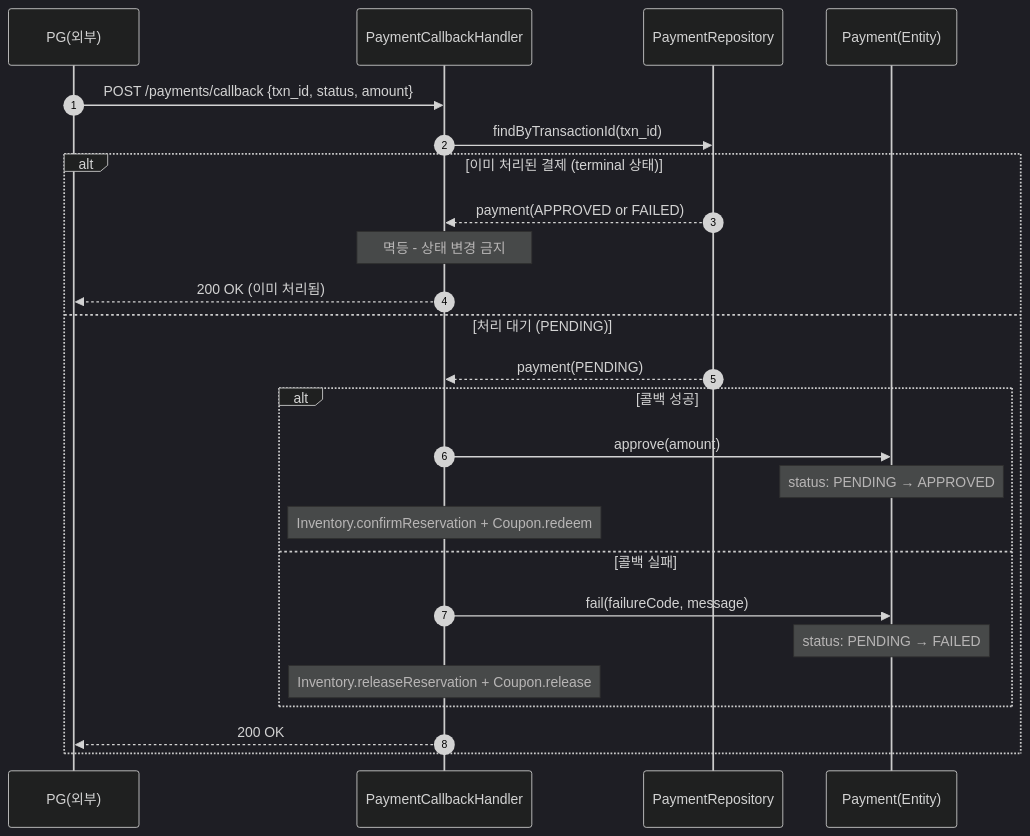
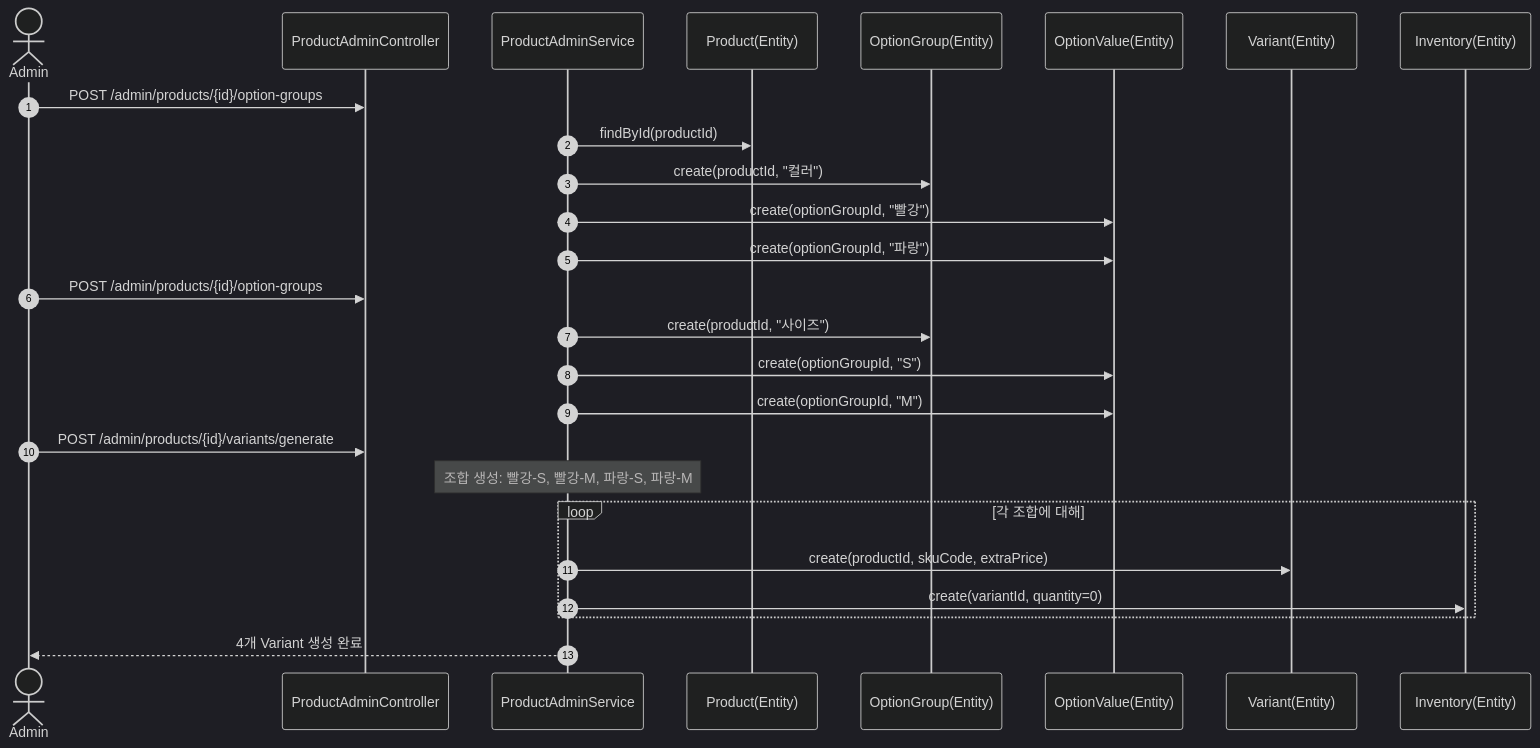
Before and after one commit to Loopers-dev-lab/loop-pack-be-l2-vol3-java: the second of 2 diagrams in .docs/design/future/02-sequence-diagrams-expansion.md, drawn with Mermaid (dark theme). The commit also changed other lines of this file and 3 other files, not shown here.

````diff
--- a/.docs/design/future/02-sequence-diagrams-expansion.md
+++ b/.docs/design/future/02-sequence-diagrams-expansion.md
@@ -87,29 +52,33 @@
 ```mermaid
 sequenceDiagram
   autonumber
-  participant PG as PG(외부)
-  participant Callback as PaymentCallbackHandler
-  participant PaymentRepo as PaymentRepository
-  participant Payment as Payment(Entity)
+  actor Admin
+  participant Controller as ProductAdminController
+  participant Service as ProductAdminService
+  participant Product as Product(Entity)
+  participant OptGroup as OptionGroup(Entity)
+  participant OptValue as OptionValue(Entity)
+  participant Variant as Variant(Entity)
+  participant Inventory as Inventory(Entity)
 
-  PG->>Callback: POST /payments/callback {txn_id, status, amount}
+  Admin->>Controller: POST /admin/products/{id}/option-groups
+  Service->>Product: findById(productId)
+  Service->>OptGroup: create(productId, "컬러")
+  Service->>OptValue: create(optionGroupId, "빨강")
+  Service->>OptValue: create(optionGroupId, "파랑")
 
-  Callback->>PaymentRepo: findByTransactionId(txn_id)
-  alt 이미 처리된 결제 (terminal 상태)
-    PaymentRepo-->>Callback: payment(APPROVED or FAILED)
-    Note over Callback: 멱등 - 상태 변경 금지
-    Callback-->>PG: 200 OK (이미 처리됨)
-  else 처리 대기 (PENDING)
-    PaymentRepo-->>Callback: payment(PENDING)
-    alt 콜백 성공
-      Callback->>Payment: approve(amount)
-      Note over Payment: status: PENDING → APPROVED
-      Note over Callback: Inventory.confirmReservation + Coupon.redeem
-    else 콜백 실패
-      Callback->>Payment: fail(failureCode, message)
-      Note over Payment: status: PENDING → FAILED
-      Note over Callback: Inventory.releaseReservation + Coupon.release
-    end
-    Callback-->>PG: 200 OK
+  Admin->>Controller: POST /admin/products/{id}/option-groups
+  Service->>OptGroup: create(productId, "사이즈")
+  Service->>OptValue: create(optionGroupId, "S")
+  Service->>OptValue: create(optionGroupId, "M")
+
+  Admin->>Controller: POST /admin/products/{id}/variants/generate
+  Note over Service: 조합 생성: 빨강-S, 빨강-M, 파랑-S, 파랑-M
+
+  loop 각 조합에 대해
+    Service->>Variant: create(productId, skuCode, extraPrice)
+    Service->>Inventory: create(variantId, quantity=0)
   end
+
+  Service-->>Admin: 4개 Variant 생성 완료
 ```
````
